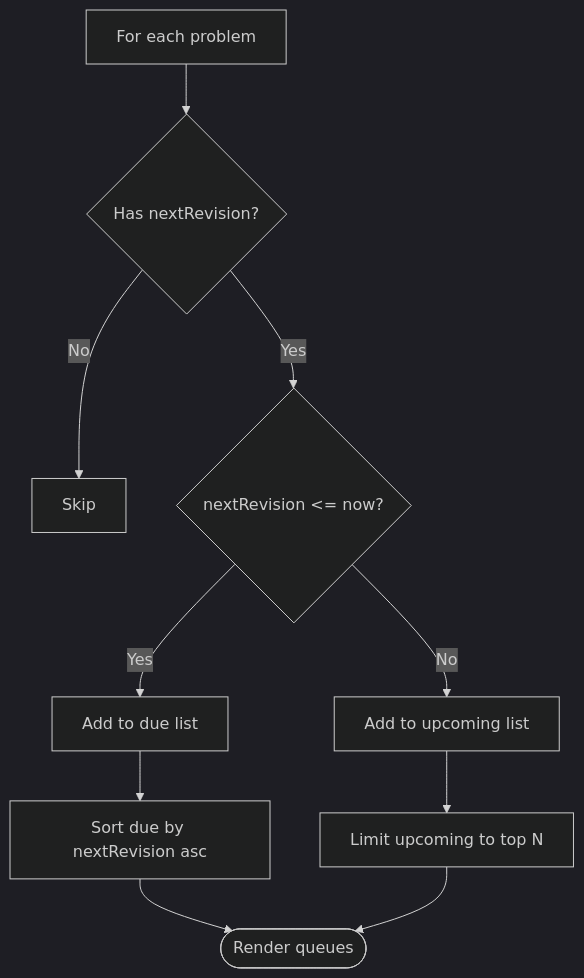
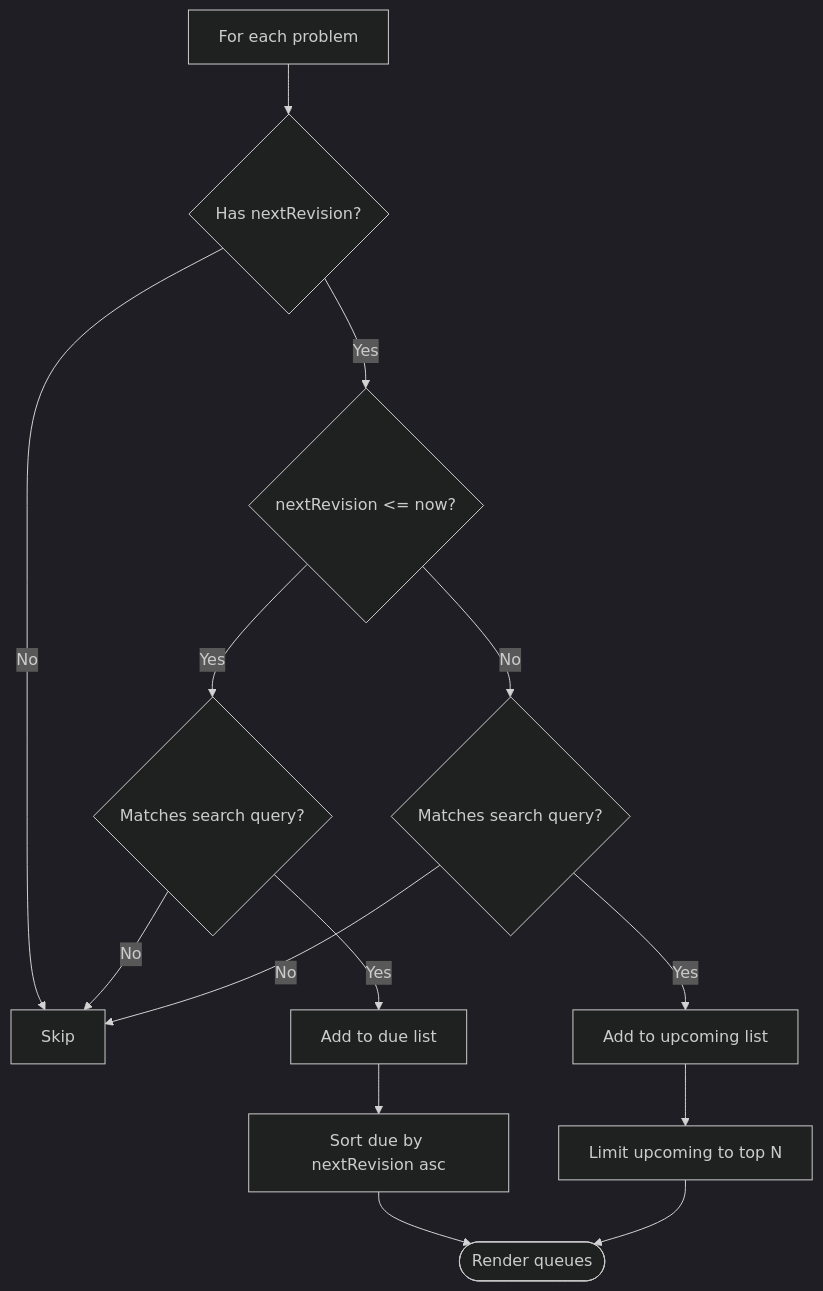
Before and after one commit to iamrituraj/DSA-Tracker: the fourth of 10 diagrams in .qoder/repowiki/en/content/Frontend Application/Revision System.md, drawn with Mermaid (dark theme). The commit also changed other lines of this file and 8 other files, not shown here.

````diff
--- a/.qoder/repowiki/en/content/Frontend Application/Revision System.md
+++ b/.qoder/repowiki/en/content/Frontend Application/Revision System.md
@@ -119,12 +129,16 @@
 ```mermaid
 flowchart TD
 A["For each problem"] --> B{"Has nextRevision?"}
 B --> |No| Skip["Skip"]
 B --> |Yes| C{"nextRevision <= now?"}
-C --> |Yes| Due["Add to due list"]
-C --> |No| Future["Add to upcoming list"]
+C --> |Yes| D{"Matches search query?"}
+C --> |No| E{"Matches search query?"}
+D --> |Yes| Due["Add to due list"]
+D --> |No| Skip
+E --> |Yes| Future["Add to upcoming list"]
+E --> |No| Skip
 Due --> Sort["Sort due by nextRevision asc"]
 Future --> Slice["Limit upcoming to top N"]
 Sort --> End(["Render queues"])
 Slice --> End
 ```
````
